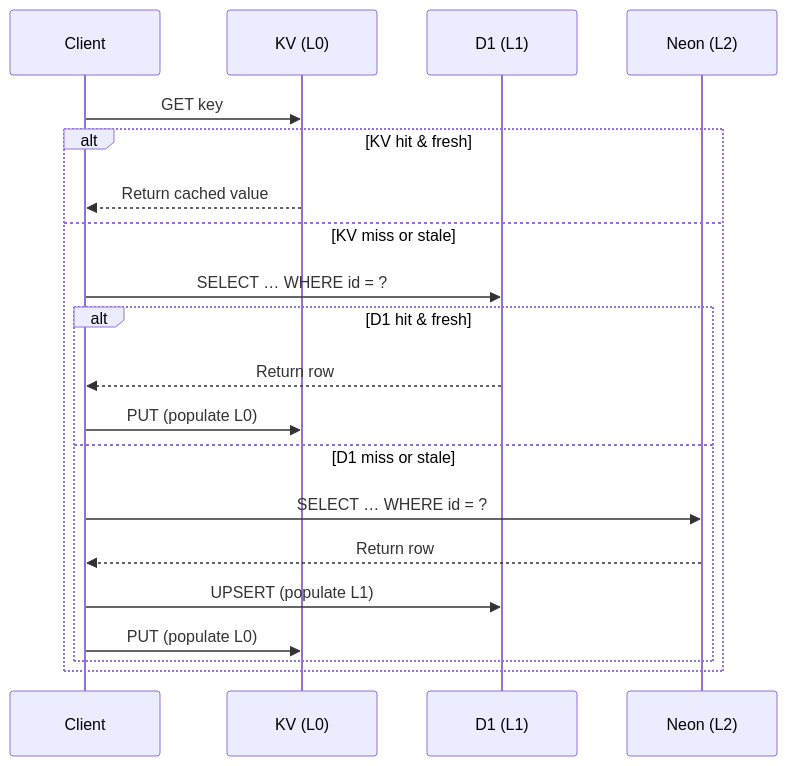
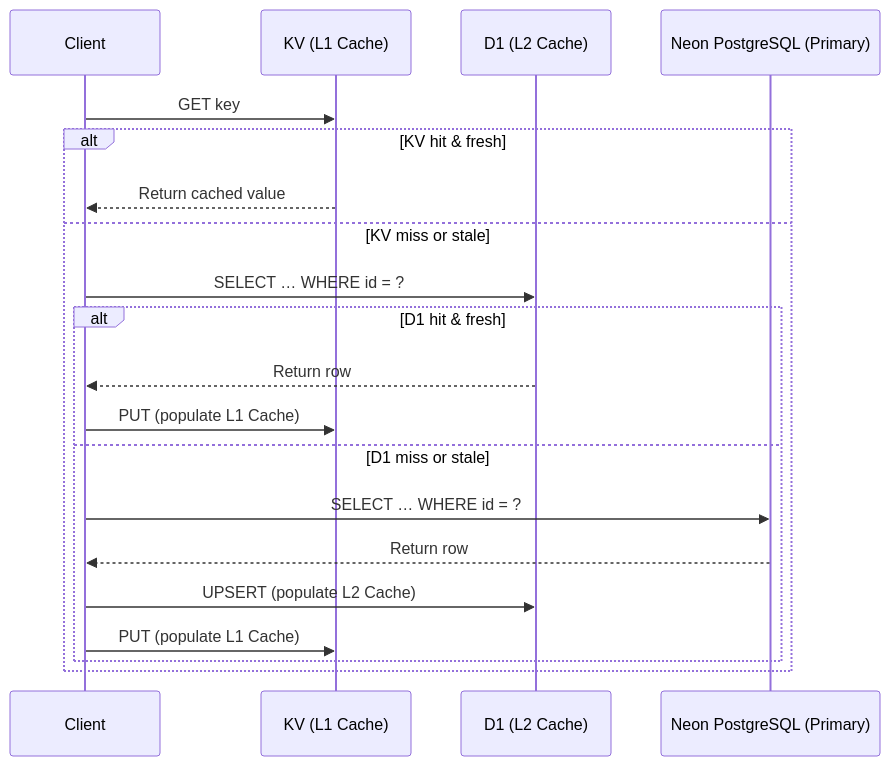
The second of 3 diagrams in docs/database-setup/edge-cache-architecture.md (jaypatrick/adblock-compiler), drawn with Mermaid before and after one commit. The commit also changed other lines of this file and 7 other files, not shown here.

````diff
--- a/docs/database-setup/edge-cache-architecture.md
+++ b/docs/database-setup/edge-cache-architecture.md
@@ -47,23 +48,23 @@
 ```mermaid
 sequenceDiagram
     participant Client
-    participant KV as KV (L0)
-    participant D1 as D1 (L1)
-    participant Neon as Neon (L2)
+    participant KV as KV (L1 Cache)
+    participant D1 as D1 (L2 Cache)
+    participant Neon as Neon PostgreSQL (Primary)
 
     Client->>KV: GET key
     alt KV hit & fresh
         KV-->>Client: Return cached value
     else KV miss or stale
         Client->>D1: SELECT … WHERE id = ?
         alt D1 hit & fresh
             D1-->>Client: Return row
-            Client->>KV: PUT (populate L0)
+            Client->>KV: PUT (populate L1 Cache)
         else D1 miss or stale
             Client->>Neon: SELECT … WHERE id = ?
             Neon-->>Client: Return row
-            Client->>D1: UPSERT (populate L1)
-            Client->>KV: PUT (populate L0)
+            Client->>D1: UPSERT (populate L2 Cache)
+            Client->>KV: PUT (populate L1 Cache)
         end
     end
 ```
````
